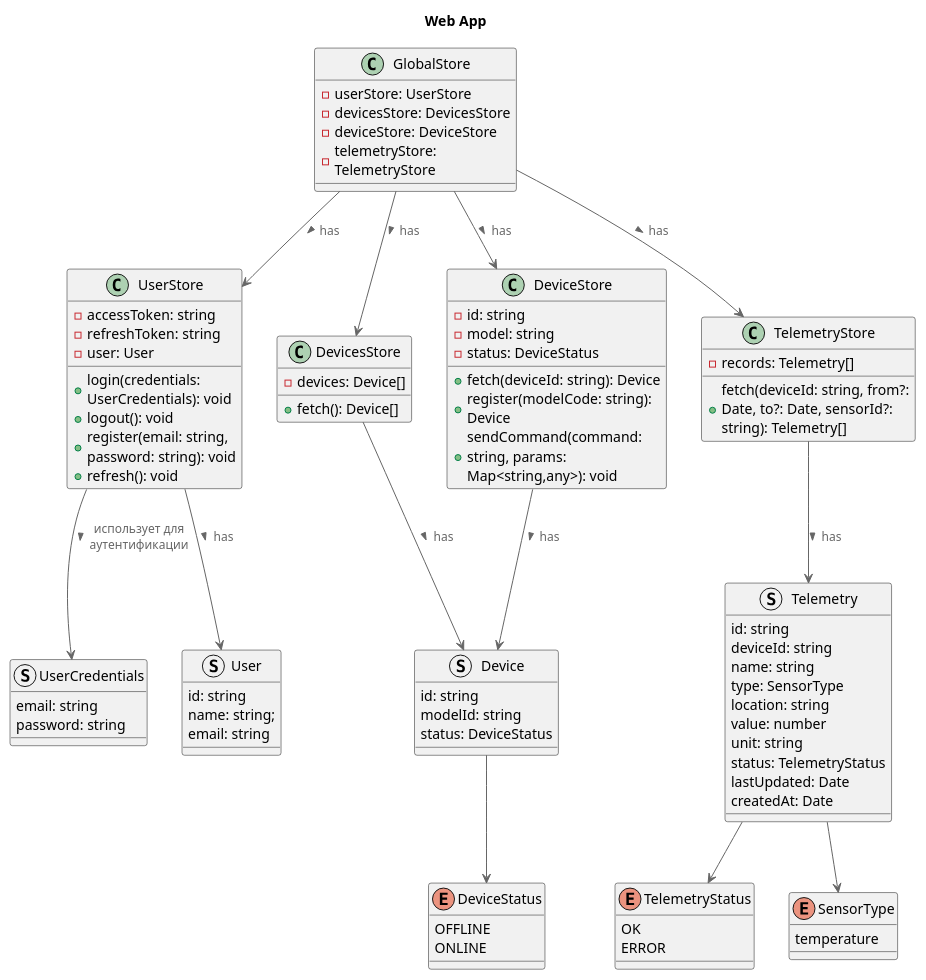
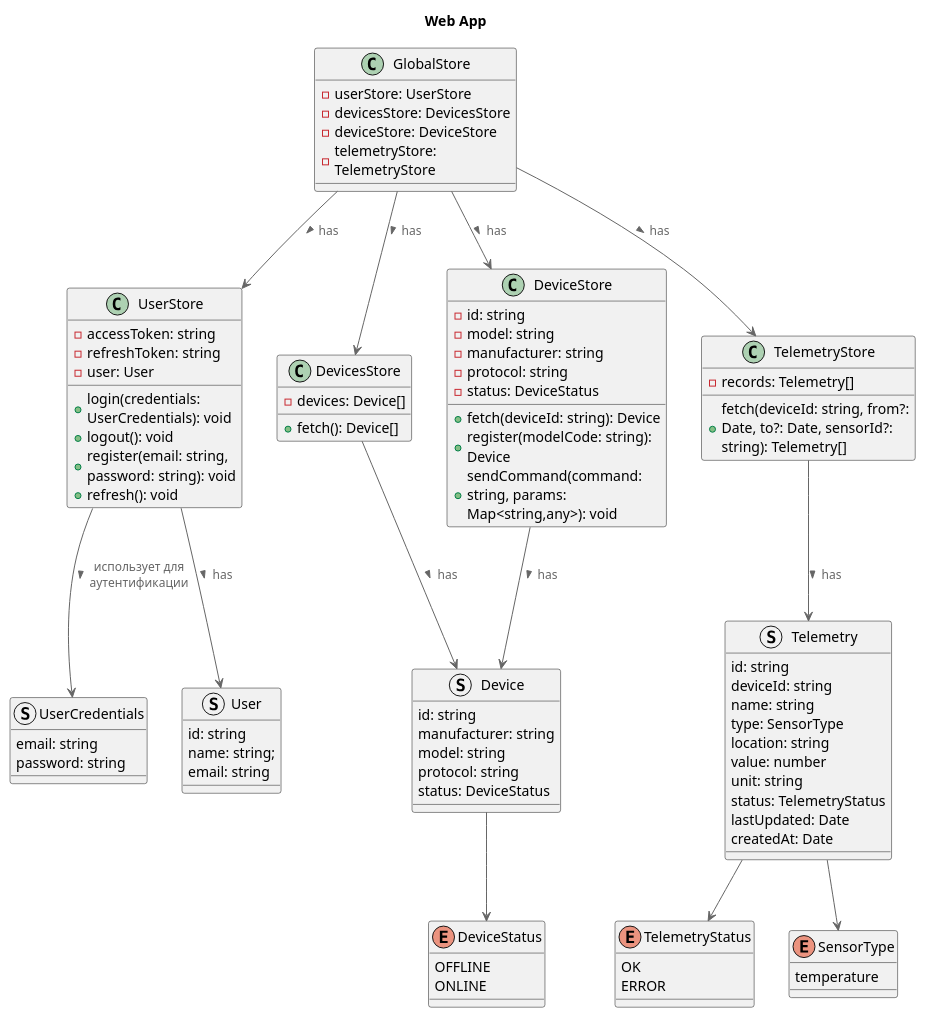
One commit to alexmented/architecture-pro-warmhouse changed the diagram in schemas/C4_Frontend.puml. Above: the diagram before and after it, drawn with PlantUML. The commit also changed 7 other files, not shown here.

```diff
--- a/schemas/C4_Frontend.puml
+++ b/schemas/C4_Frontend.puml
@@ -1,112 +1,116 @@
 @startuml Code Frontend App State
 !include https://raw.githubusercontent.com/plantuml-stdlib/C4-PlantUML/master/C4_Container.puml
 
 title Web App
 
 ' --------------------
 enum DeviceStatus {
     OFFLINE
     ONLINE
 }
 
 enum TelemetryStatus {
     OK
     ERROR
 }
 
 enum SensorType {
   temperature
 }
 
 ' --------------------
 struct UserCredentials {
     email: string
     password: string
 }
 
 struct User {
     id: string
     name: string;
     email: string
 }
 
 struct Device {
     id: string
-    modelId: string
+    manufacturer: string
+    model: string
+    protocol: string
     status: DeviceStatus
 }
 
 struct Telemetry {
     id: string
     deviceId: string
     name: string
     type: SensorType
     location: string
     value: number
     unit: string
     status: TelemetryStatus
     lastUpdated: Date
     createdAt: Date
 }
 
 ' --------------------
 class UserStore {
     -accessToken: string
     -refreshToken: string
     -user: User
 
     +login(credentials: UserCredentials): void
     +logout(): void
     +register(email: string, password: string): void
     +refresh(): void
 }
 
 class DevicesStore {
     -devices: Device[]
 
     +fetch(): Device[]
 }
 
 class DeviceStore {
     -id: string
     -model: string
+    - manufacturer: string
+    - protocol: string
     -status: DeviceStatus
 
     +fetch(deviceId: string): Device
     +register(modelCode: string): Device
     +sendCommand(command: string, params: Map<string,any>): void
 }
 
 class TelemetryStore {
     -records: Telemetry[]
 
     +fetch(deviceId: string, from?: Date, to?: Date, sensorId?: string): Telemetry[]
 }
 
 class GlobalStore {
     -userStore: UserStore
     -devicesStore: DevicesStore
     -deviceStore: DeviceStore
     -telemetryStore: TelemetryStore
 }
 
 
 ' --------------------
 UserStore --> User: has >
 UserStore --> UserCredentials: использует для аутентификации >
 
 DevicesStore --> Device: has >
 DeviceStore --> Device: has >
 Device --> DeviceStatus
 
 TelemetryStore --> Telemetry: has >
 Telemetry --> TelemetryStatus
 Telemetry --> SensorType
 
 
 GlobalStore --> UserStore: has >
 GlobalStore --> DeviceStore: has >
 GlobalStore --> DevicesStore: has >
 GlobalStore --> TelemetryStore: has >
 
 @enduml
```
